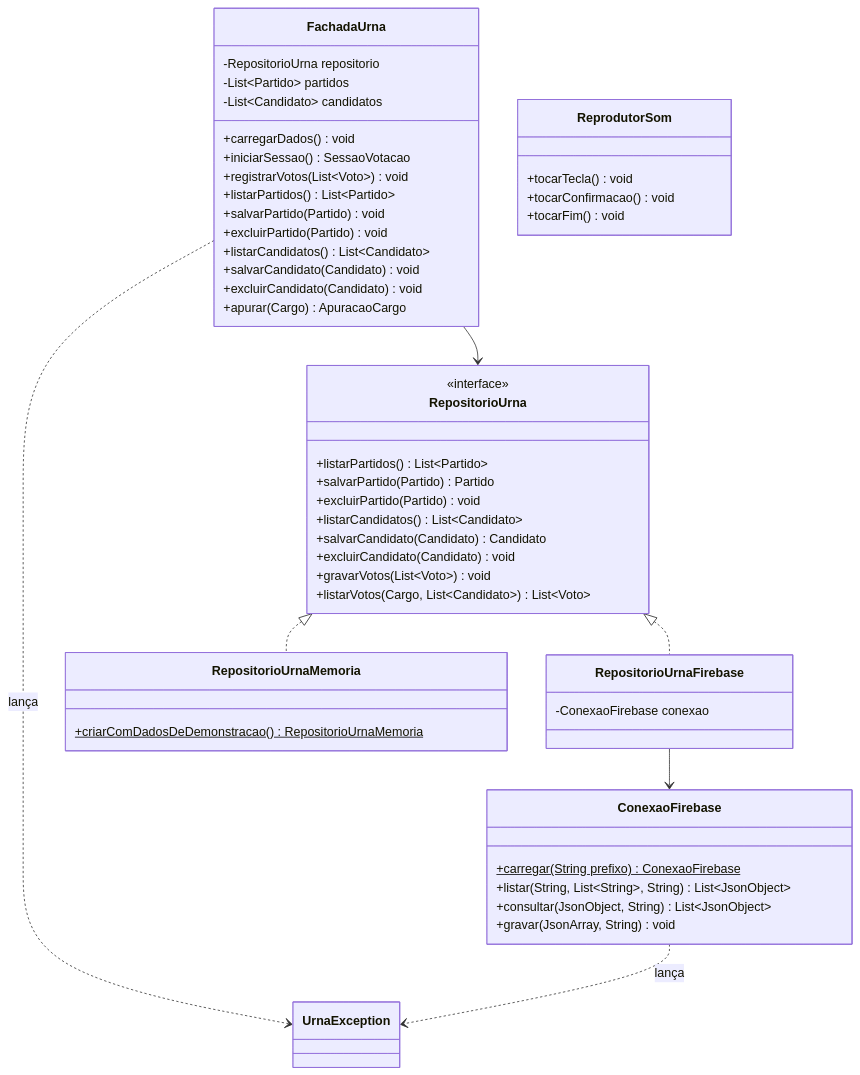
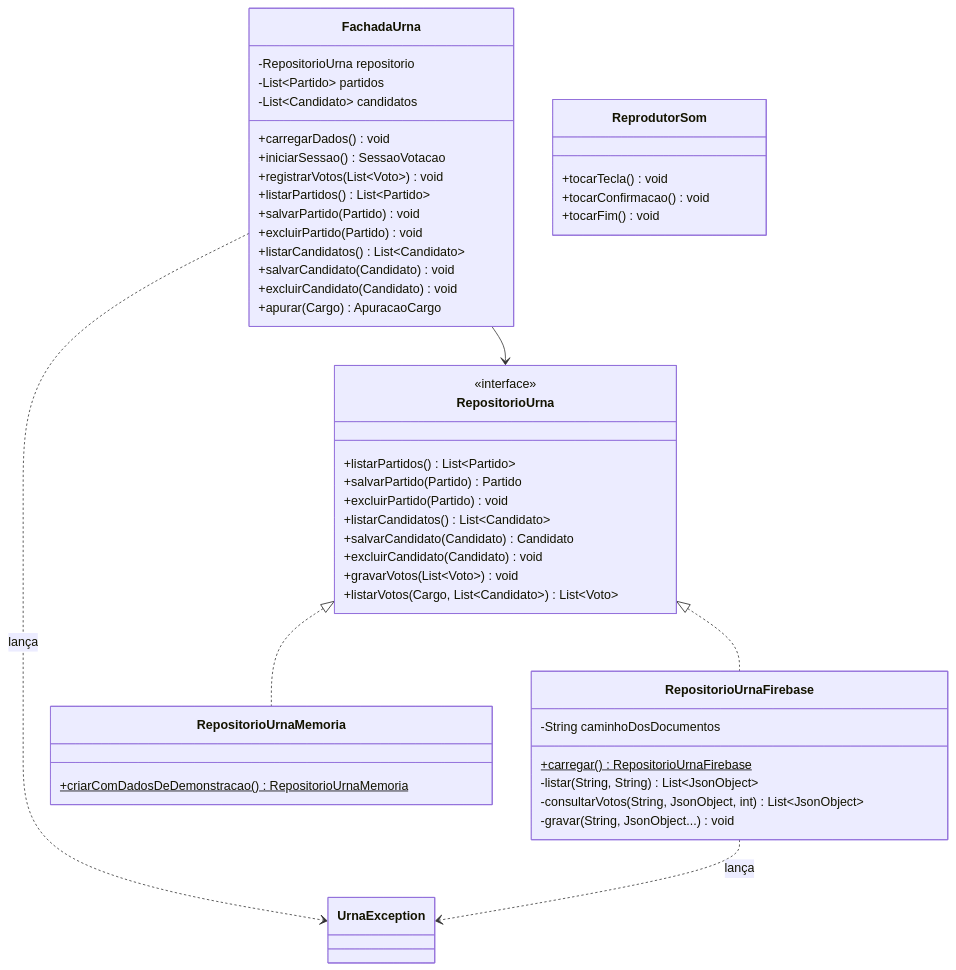
One commit to joaovsbarros10/urna-eletronica changed the diagram in docs/uml/04-classes-negocio-persistencia.mmd. Above: the diagram before and after it, drawn with Mermaid. The commit also changed 32 other files, not shown here.

```diff
--- a/docs/uml/04-classes-negocio-persistencia.mmd
+++ b/docs/uml/04-classes-negocio-persistencia.mmd
@@ -1,57 +1,54 @@
 %% Negócio, persistência, som e exceção.
 classDiagram
     direction TB
 
     class FachadaUrna {
         -RepositorioUrna repositorio
         -List~Partido~ partidos
         -List~Candidato~ candidatos
         +carregarDados() void
         +iniciarSessao() SessaoVotacao
         +registrarVotos(List~Voto~) void
         +listarPartidos() List~Partido~
         +salvarPartido(Partido) void
         +excluirPartido(Partido) void
         +listarCandidatos() List~Candidato~
         +salvarCandidato(Candidato) void
         +excluirCandidato(Candidato) void
         +apurar(Cargo) ApuracaoCargo
     }
 
     class RepositorioUrna {
         <<interface>>
         +listarPartidos() List~Partido~
         +salvarPartido(Partido) Partido
         +excluirPartido(Partido) void
         +listarCandidatos() List~Candidato~
         +salvarCandidato(Candidato) Candidato
         +excluirCandidato(Candidato) void
         +gravarVotos(List~Voto~) void
         +listarVotos(Cargo, List~Candidato~) List~Voto~
     }
 
     class RepositorioUrnaFirebase {
-        -ConexaoFirebase conexao
+        -String caminhoDosDocumentos
+        +carregar()$ RepositorioUrnaFirebase
+        -listar(String, String) List~JsonObject~
+        -consultarVotos(String, JsonObject, int) List~JsonObject~
+        -gravar(String, JsonObject...) void
     }
     class RepositorioUrnaMemoria {
         +criarComDadosDeDemonstracao()$ RepositorioUrnaMemoria
-    }
-    class ConexaoFirebase {
-        +carregar(String prefixo)$ ConexaoFirebase
-        +listar(String, List~String~, String) List~JsonObject~
-        +consultar(JsonObject, String) List~JsonObject~
-        +gravar(JsonArray, String) void
     }
     class ReprodutorSom {
         +tocarTecla() void
         +tocarConfirmacao() void
         +tocarFim() void
     }
     class UrnaException
 
     FachadaUrna --> RepositorioUrna
     RepositorioUrna <|.. RepositorioUrnaFirebase
     RepositorioUrna <|.. RepositorioUrnaMemoria
-    RepositorioUrnaFirebase --> ConexaoFirebase
     FachadaUrna ..> UrnaException : lança
-    ConexaoFirebase ..> UrnaException : lança
+    RepositorioUrnaFirebase ..> UrnaException : lança
```
